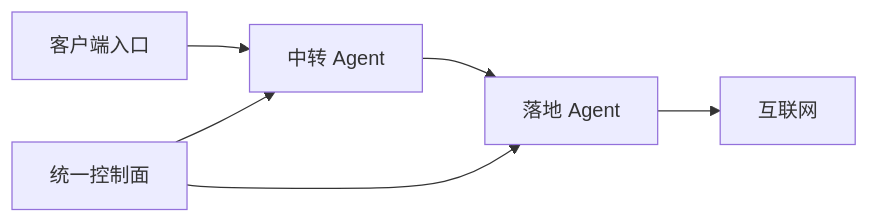
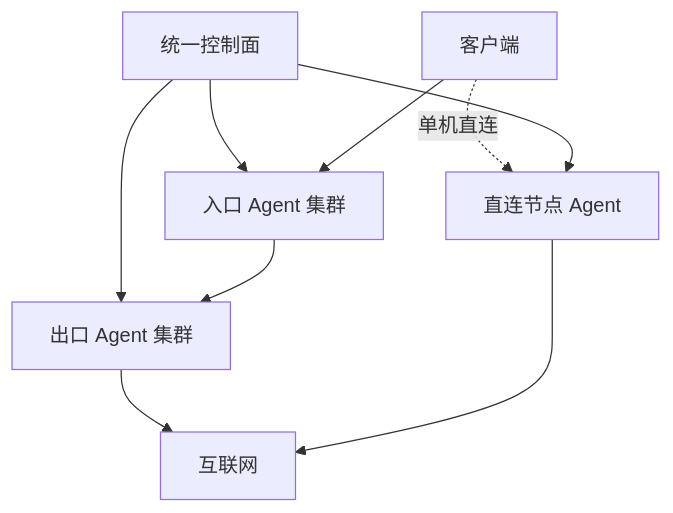
One commit to a2899882/NexusGate changed the diagram in README.md. Above: the diagram before and after it, drawn with Mermaid. The commit also changed other lines of this file and 22 other files, not shown here.

````diff
--- a/README.md
+++ b/README.md
@@ -13,8 +11,11 @@
 ```mermaid
-flowchart LR
-  C[客户端入口] --> R[中转 Agent]
-  R --> E[落地 Agent]
+flowchart TB
+  P[统一控制面] --> A[入口 Agent 集群]
+  P --> E[出口 Agent 集群]
+  C[客户端] --> A
+  A --> E
   E --> I[互联网]
-  P[统一控制面] --> R
-  P --> E
+  C -. 单机直连 .-> D[直连节点 Agent]
+  P --> D
+  D --> I
 ```
````
